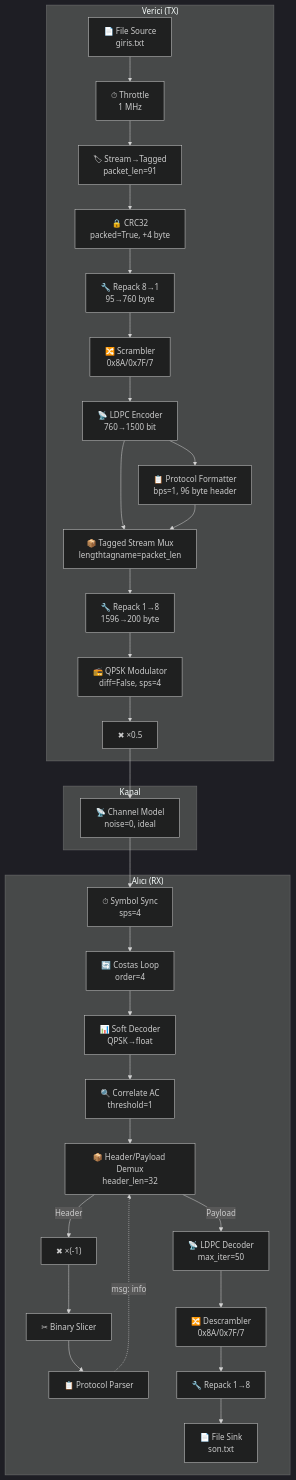
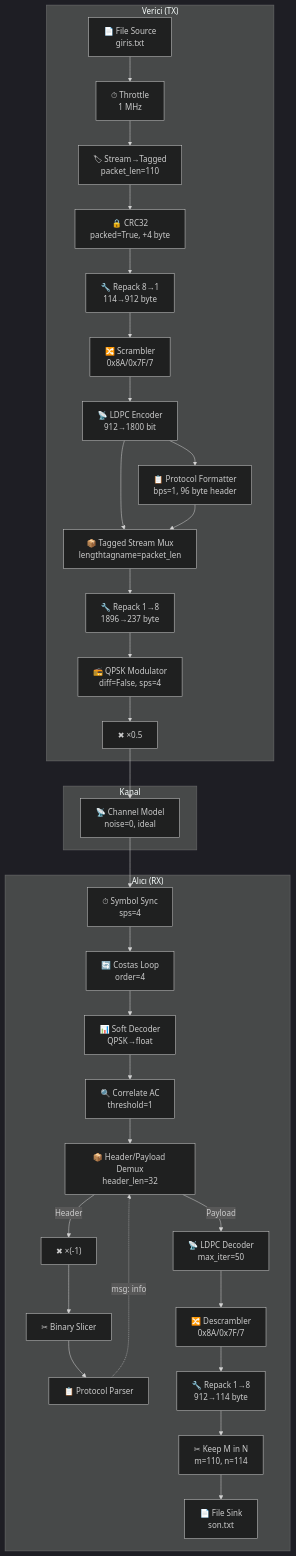
The diagram in packet/project_state.md (Maxixler/BitirmeProjesi), drawn with Mermaid (dark theme) before and after one commit. The commit also changed other lines of this file and 24 other files, not shown here.

````diff
--- a/packet/project_state.md
+++ b/packet/project_state.md
@@ -316,37 +322,38 @@
 ```mermaid
 graph TD
     subgraph TX ["Verici (TX)"]
         A["📄 File Source<br/>giris.txt"] --> B["⏱ Throttle<br/>1 MHz"]
-        B --> C["🏷 Stream→Tagged<br/>packet_len=91"]
+        B --> C["🏷 Stream→Tagged<br/>packet_len=110"]
         C --> D["🔒 CRC32<br/>packed=True, +4 byte"]
-        D --> RP1["🔧 Repack 8→1<br/>95→760 byte"]
+        D --> RP1["🔧 Repack 8→1<br/>114→912 byte"]
         RP1 --> E["🔀 Scrambler<br/>0x8A/0x7F/7"]
-        E --> F["📡 LDPC Encoder<br/>760→1500 bit"]
+        E --> F["📡 LDPC Encoder<br/>912→1800 bit"]
         F --> G["📋 Protocol Formatter<br/>bps=1, 96 byte header"]
         F --> H["📦 Tagged Stream Mux<br/>lengthtagname=packet_len"]
         G --> H
-        H --> RP2["🔧 Repack 1→8<br/>1596→200 byte"]
+        H --> RP2["🔧 Repack 1→8<br/>1896→237 byte"]
         RP2 --> I["📻 QPSK Modulator<br/>diff=False, sps=4"]
         I --> J["✖ ×0.5"]
     end
 
     subgraph CH ["Kanal"]
         J --> K["📡 Channel Model<br/>noise=0, ideal"]
     end
 
     subgraph RX ["Alıcı (RX)"]
         K --> L["⏱ Symbol Sync<br/>sps=4"]
         L --> M["🔄 Costas Loop<br/>order=4"]
         M --> N["📊 Soft Decoder<br/>QPSK→float"]
         N --> O["🔍 Correlate AC<br/>threshold=1"]
         O --> P["📦 Header/Payload Demux<br/>header_len=32"]
         P -->|Header| Q0["✖ ×(-1)"]
         Q0 --> Q["✂ Binary Slicer"]
         Q --> R["📋 Protocol Parser"]
         R -.->|msg: info| P
         P -->|Payload| S["📡 LDPC Decoder<br/>max_iter=50"]
         S --> T["🔀 Descrambler<br/>0x8A/0x7F/7"]
-        T --> U["🔧 Repack 1→8"]
-        U --> V["📄 File Sink<br/>son.txt"]
+        T --> U["🔧 Repack 1→8<br/>912→114 byte"]
+        U --> V1["✂ Keep M in N<br/>m=110, n=114"]
+        V1 --> V["📄 File Sink<br/>son.txt"]
     end
 ```
````
